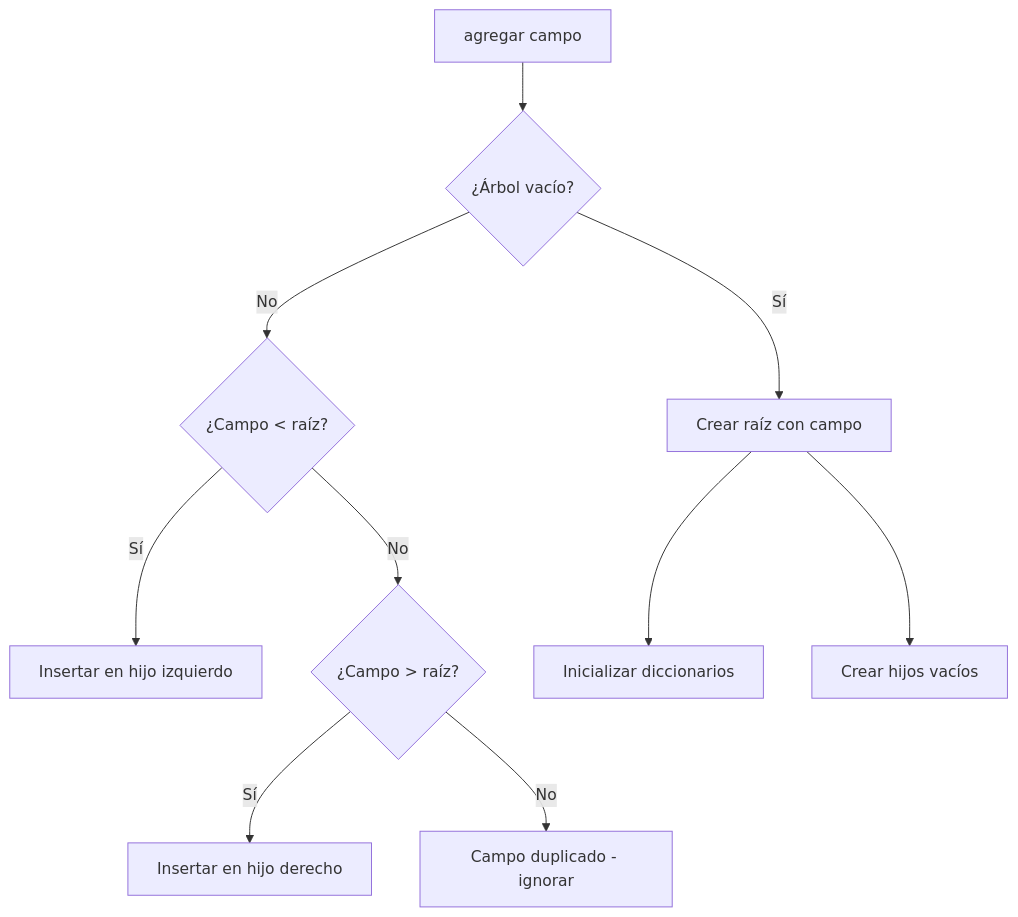
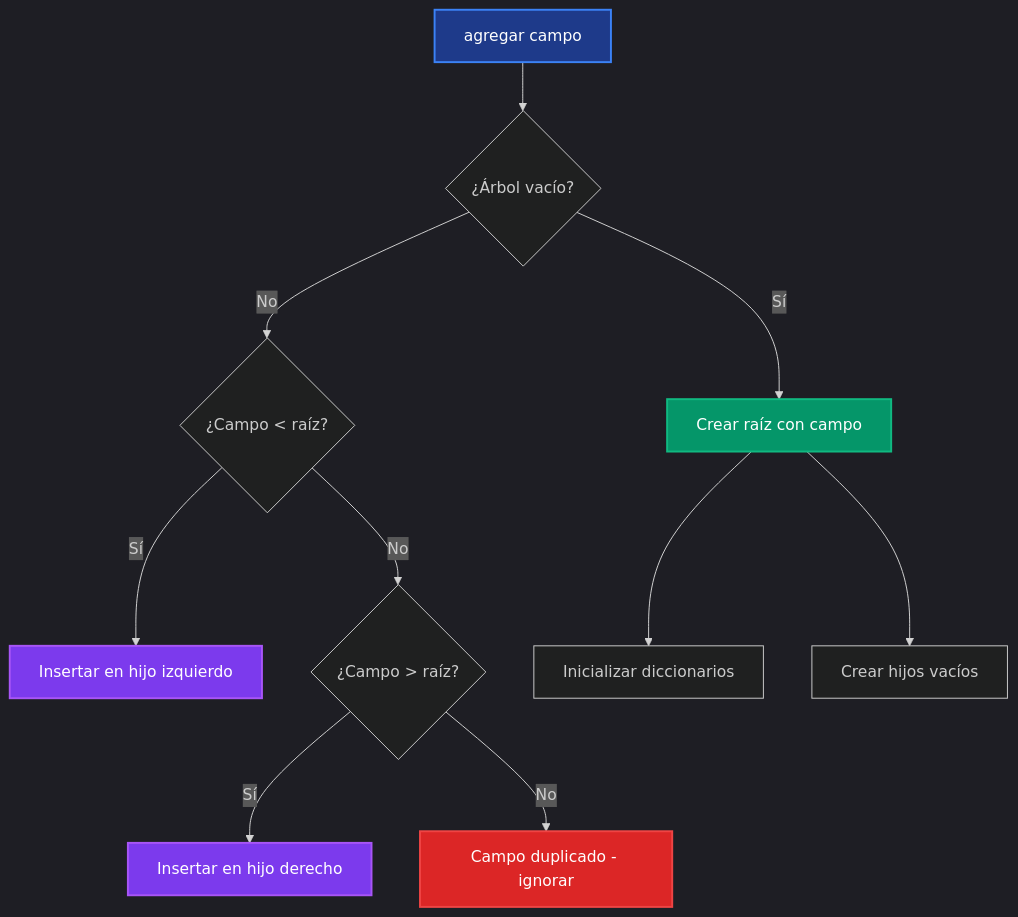
One commit to pybalt/algo2 changed the third of 19 diagrams in tp-final/README_IMPLEMENTACIONES.md. Above: the diagram before and after it, drawn with Mermaid. The commit also changed other lines of this file, not shown here.

Commit message:
Update README_IMPLEMENTACIONES.md to enhance diagram styles for dark mode, improving visual clarity and consistency across various sections.

````diff
--- a/tp-final/README_IMPLEMENTACIONES.md
+++ b/tp-final/README_IMPLEMENTACIONES.md
@@ -70,13 +75,20 @@
 ```mermaid
+%%{init: {'theme':'dark'}}%%
 flowchart TD
     A[agregar campo] --> B{¿Árbol vacío?}
     B -->|Sí| C[Crear raíz con campo]
     B -->|No| D{¿Campo < raíz?}
     D -->|Sí| E[Insertar en hijo izquierdo]
     D -->|No| F{¿Campo > raíz?}
     F -->|Sí| G[Insertar en hijo derecho]
     F -->|No| H[Campo duplicado - ignorar]
     
     C --> I[Inicializar diccionarios]
     C --> J[Crear hijos vacíos]
+    
+    style A fill:#1e3a8a,stroke:#3b82f6,stroke-width:2px,color:#fff
+    style C fill:#059669,stroke:#10b981,stroke-width:2px,color:#fff
+    style E fill:#7c3aed,stroke:#a855f7,stroke-width:2px,color:#fff
+    style G fill:#7c3aed,stroke:#a855f7,stroke-width:2px,color:#fff
+    style H fill:#dc2626,stroke:#ef4444,stroke-width:2px,color:#fff
 ```
````
